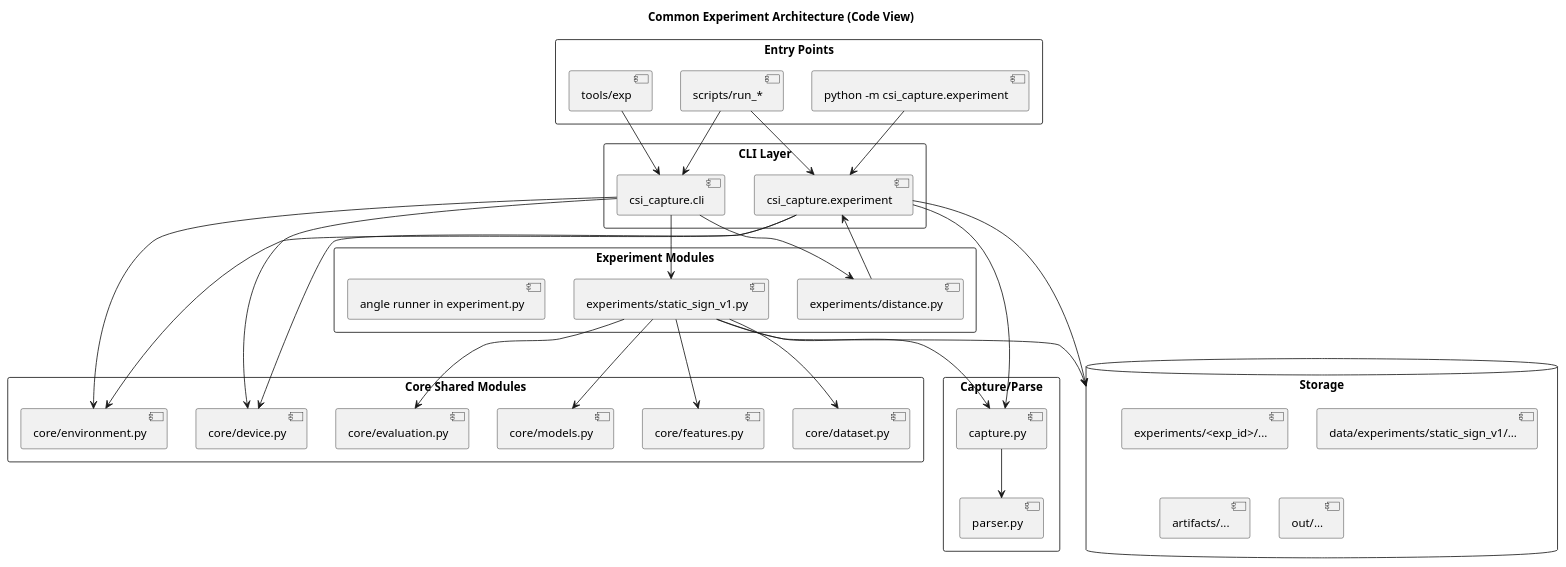
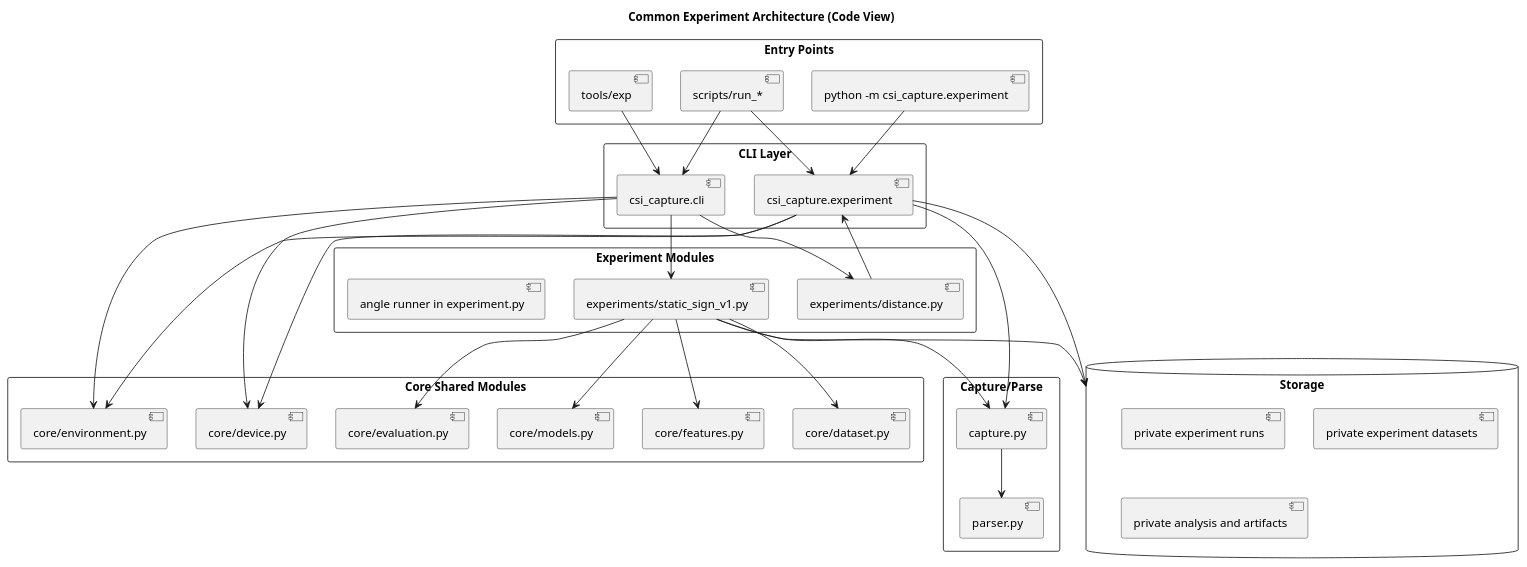
Before and after one commit to Sage-Cat/csi_capturing_example: the diagram in docs/design/plantuml/02_component_architecture.puml, drawn with PlantUML. The commit also changed 53 other files, not shown here.

Commit message:
Move CSI studies and data out of toolkit

```diff
--- a/docs/design/plantuml/02_component_architecture.puml
+++ b/docs/design/plantuml/02_component_architecture.puml
@@ -1,70 +1,69 @@
 @startuml
 title Common Experiment Architecture (Code View)
 
 skinparam packageStyle rectangle
 skinparam shadowing false
 
 package "Entry Points" {
   [tools/exp]
   [python -m csi_capture.experiment]
   [scripts/run_*]
 }
 
 package "CLI Layer" {
   [csi_capture.cli]
   [csi_capture.experiment]
 }
 
 package "Core Shared Modules" {
   [core/environment.py]
   [core/device.py]
   [core/dataset.py]
   [core/features.py]
   [core/models.py]
   [core/evaluation.py]
 }
 
 package "Experiment Modules" {
   [experiments/static_sign_v1.py]
   [experiments/distance.py]
   [angle runner in experiment.py]
 }
 
 package "Capture/Parse" {
   [capture.py]
   [parser.py]
 }
 
 database "Storage" {
-  [experiments/<exp_id>/...]
-  [data/experiments/static_sign_v1/...]
-  [artifacts/...]
-  [out/...]
+  [private experiment runs]
+  [private experiment datasets]
+  [private analysis and artifacts]
 }
 
 [tools/exp] --> [csi_capture.cli]
 [python -m csi_capture.experiment] --> [csi_capture.experiment]
 [scripts/run_*] --> [csi_capture.cli]
 [scripts/run_*] --> [csi_capture.experiment]
 
 [csi_capture.cli] --> [core/environment.py]
 [csi_capture.cli] --> [core/device.py]
 [csi_capture.cli] --> [experiments/static_sign_v1.py]
 [csi_capture.cli] --> [experiments/distance.py]
 
 [csi_capture.experiment] --> [core/environment.py]
 [csi_capture.experiment] --> [core/device.py]
 [csi_capture.experiment] --> [capture.py]
 
 [experiments/static_sign_v1.py] --> [capture.py]
 [experiments/static_sign_v1.py] --> [core/dataset.py]
 [experiments/static_sign_v1.py] --> [core/features.py]
 [experiments/static_sign_v1.py] --> [core/models.py]
 [experiments/static_sign_v1.py] --> [core/evaluation.py]
 [experiments/static_sign_v1.py] --> [Storage]
 
 [experiments/distance.py] --> [csi_capture.experiment]
 [csi_capture.experiment] --> [Storage]
 [capture.py] --> [parser.py]
 
 @enduml
```
